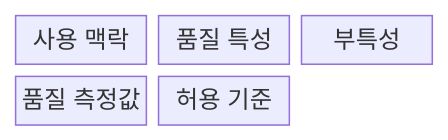
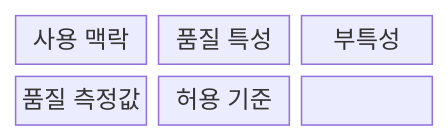
One commit to agnusdei1207/knowledge-base changed the first of 2 diagrams in src/content/docs/notes/03-software/069_software_quality_iso_25010.md. Above: the diagram before and after it, drawn with Mermaid. The commit also changed other lines of this file and 20 other files, not shown here.

````diff
--- a/src/content/docs/notes/03-software/069_software_quality_iso_25010.md
+++ b/src/content/docs/notes/03-software/069_software_quality_iso_25010.md
@@ -55,9 +67,10 @@
 ```mermaid
-block-beta
+block
   columns 3
   C["사용 맥락"]
   Q["품질 특성"]
   S["부특성"]
   M["품질 측정값"]
   A["허용 기준"]
+  C --> Q --> S --> M --> A
 ```
````
